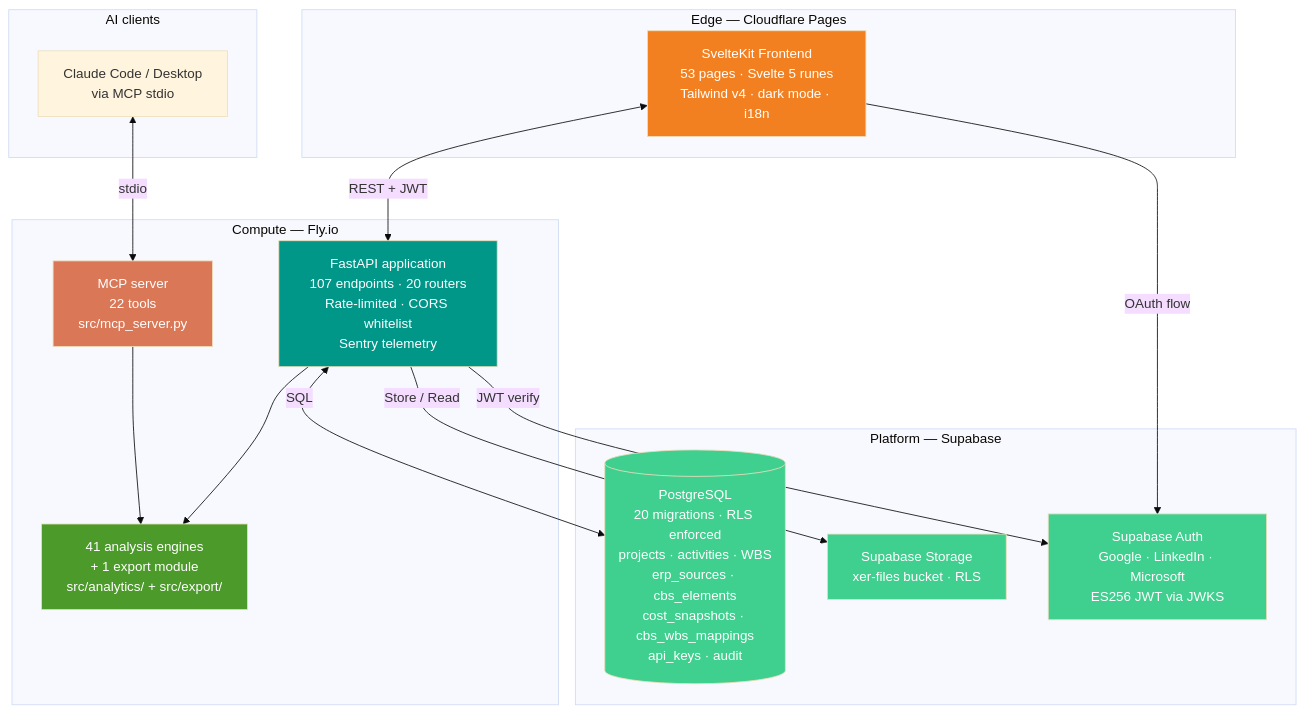
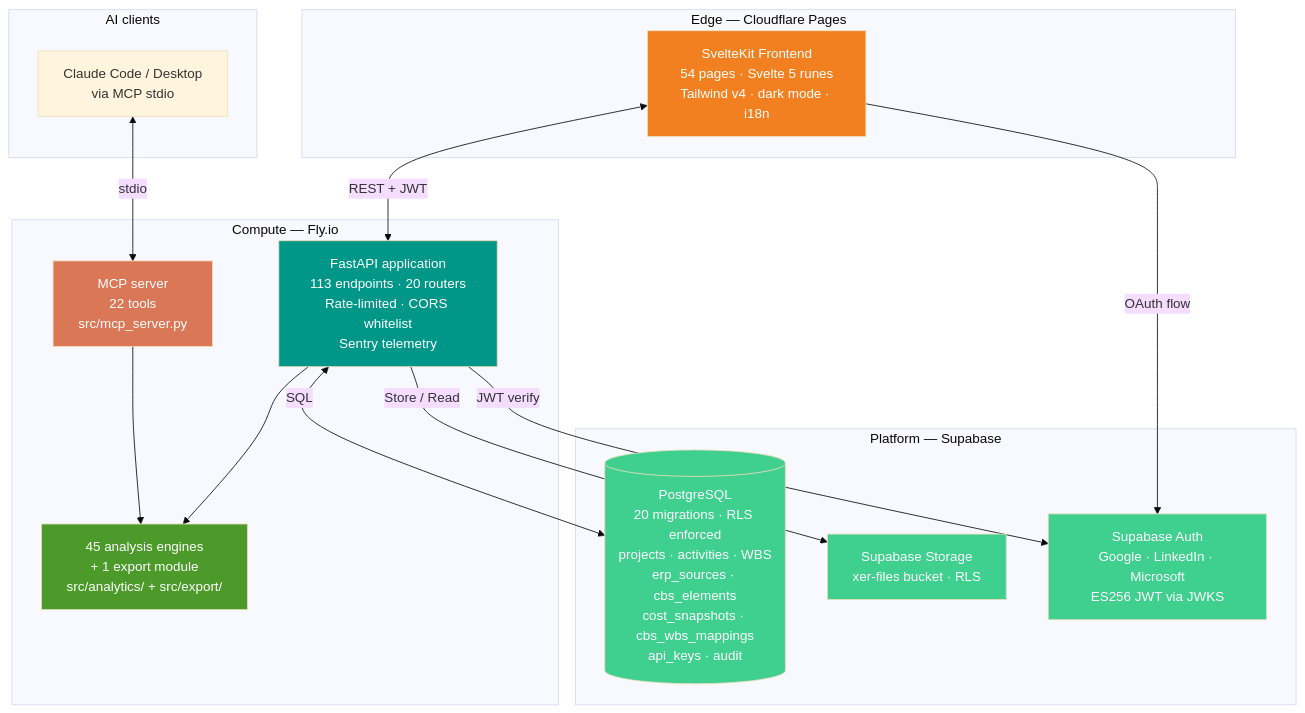
Before and after one commit to VitorMRodovalho/meridianiq: the first of 8 diagrams in docs/architecture.md, drawn with Mermaid (base theme). The commit also changed other lines of this file and 1 other file, not shown here.

First line of the commit message:
docs: refresh architecture.md + CLAUDE.md stats for v3.8.0

````diff
--- a/docs/architecture.md
+++ b/docs/architecture.md
@@ -10,39 +10,39 @@
 ```mermaid
 graph TB
     subgraph "Edge — Cloudflare Pages"
-        UI[SvelteKit Frontend<br/>53 pages · Svelte 5 runes<br/>Tailwind v4 · dark mode · i18n]
+        UI[SvelteKit Frontend<br/>54 pages · Svelte 5 runes<br/>Tailwind v4 · dark mode · i18n]
     end
 
     subgraph "Compute — Fly.io"
-        API[FastAPI application<br/>107 endpoints · 20 routers<br/>Rate-limited · CORS whitelist<br/>Sentry telemetry]
-        ENGINES[41 analysis engines<br/>+ 1 export module<br/>src/analytics/ + src/export/]
+        API[FastAPI application<br/>113 endpoints · 20 routers<br/>Rate-limited · CORS whitelist<br/>Sentry telemetry]
+        ENGINES[45 analysis engines<br/>+ 1 export module<br/>src/analytics/ + src/export/]
         MCP[MCP server<br/>22 tools<br/>src/mcp_server.py]
         API --> ENGINES
         MCP --> ENGINES
     end
 
     subgraph "Platform — Supabase"
         AUTH["Supabase Auth<br/>Google · LinkedIn · Microsoft<br/>ES256 JWT via JWKS"]
         DB[("PostgreSQL<br/>20 migrations · RLS enforced<br/>projects · activities · WBS<br/>erp_sources · cbs_elements<br/>cost_snapshots · cbs_wbs_mappings<br/>api_keys · audit")]
         STORAGE["Supabase Storage<br/>xer-files bucket · RLS"]
     end
 
     subgraph "AI clients"
         CLAUDE[Claude Code / Desktop<br/>via MCP stdio]
     end
 
     UI <-->|REST + JWT| API
     CLAUDE <-->|stdio| MCP
     API <-->|SQL| DB
     API -->|Store / Read| STORAGE
     API -->|JWT verify| AUTH
     UI -->|OAuth flow| AUTH
 
     style UI fill:#F38020,color:#fff
     style API fill:#009688,color:#fff
     style ENGINES fill:#4C9A2A,color:#fff
     style MCP fill:#D97757,color:#fff
     style DB fill:#3FCF8E,color:#fff
     style AUTH fill:#3FCF8E,color:#fff
     style STORAGE fill:#3FCF8E,color:#fff
 ```
````
